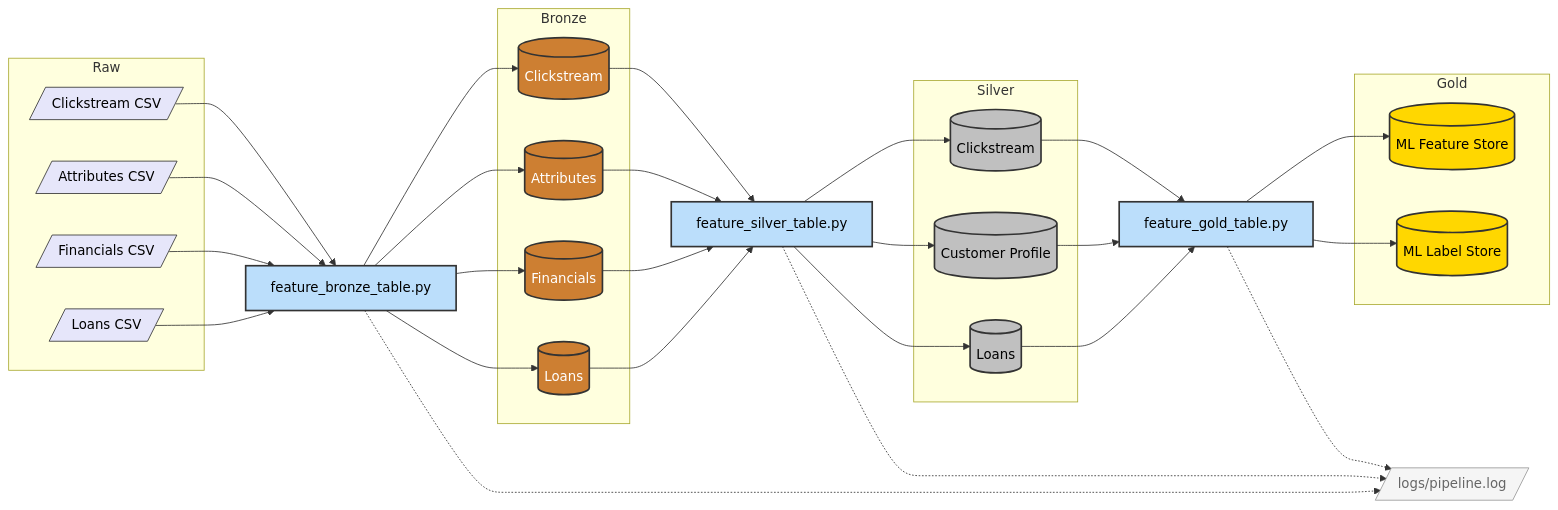
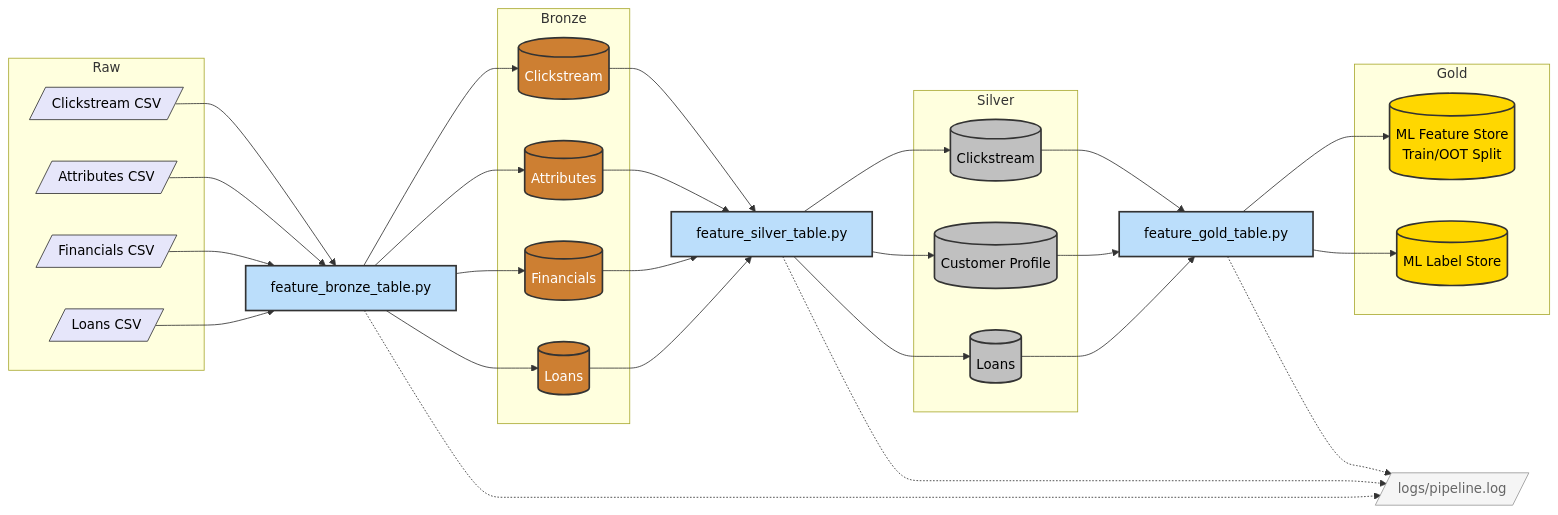
Before and after one commit to siranishkd/predictive-loan-default-modelling: the diagram in docs/architecture_v3.md, drawn with Mermaid.

Commit message:
Update Mermaid diagram to show Train/OOT Split inside ML Feature Store

````diff
--- a/docs/architecture_v3.md
+++ b/docs/architecture_v3.md
@@ -9,73 +9,73 @@
 ```mermaid
 graph LR
     classDef bronze fill:#cd7f32,stroke:#333,stroke-width:2px,color:#fff
     classDef silver fill:#c0c0c0,stroke:#333,stroke-width:2px,color:#000
     classDef gold fill:#ffd700,stroke:#333,stroke-width:2px,color:#000
     classDef raw fill:#e6e6fa,stroke:#333,stroke-width:1px,color:#000
     classDef process fill:#bbdefb,stroke:#333,stroke-width:2px,color:#000
     classDef log fill:#f5f5f5,stroke:#999,stroke-width:1px,color:#666
 
     %% Raw Layer
     subgraph Raw
         R1[/Clickstream CSV/]:::raw
         R2[/Attributes CSV/]:::raw
         R3[/Financials CSV/]:::raw
         R4[/Loans CSV/]:::raw
     end
 
     %% Bronze Layer
     P1[feature_bronze_table.py]:::process
 
     subgraph Bronze
         B1[(Clickstream)]:::bronze
         B2[(Attributes)]:::bronze
         B3[(Financials)]:::bronze
         B4[(Loans)]:::bronze
     end
 
     R1 --> P1
     R2 --> P1
     R3 --> P1
     R4 --> P1
     P1 --> B1
     P1 --> B2
     P1 --> B3
     P1 --> B4
 
     %% Silver Layer
     P2[feature_silver_table.py]:::process
 
     subgraph Silver
         S1[(Clickstream)]:::silver
         S2[(Customer Profile)]:::silver
         S3[(Loans)]:::silver
     end
 
     B1 --> P2
     B2 --> P2
     B3 --> P2
     B4 --> P2
     P2 --> S1
     P2 --> S2
     P2 --> S3
 
     %% Gold Layer
     P3[feature_gold_table.py]:::process
 
     subgraph Gold
-        G1[(ML Feature Store)]:::gold
+        G1[(ML Feature Store <br> Train/OOT Split)]:::gold
         G2[(ML Label Store)]:::gold
     end
 
     S1 --> P3
     S2 --> P3
     S3 --> P3
     P3 --> G1
     P3 --> G2
 
     %% Logging — sits below, small
     LOG[/logs/pipeline.log/]:::log
     P1 -.-> LOG
     P2 -.-> LOG
     P3 -.-> LOG
 ```
````
